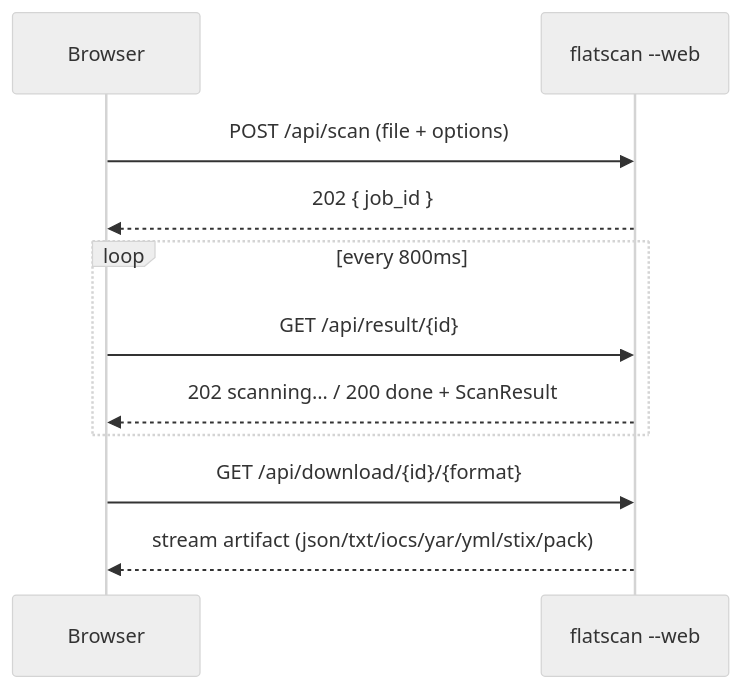
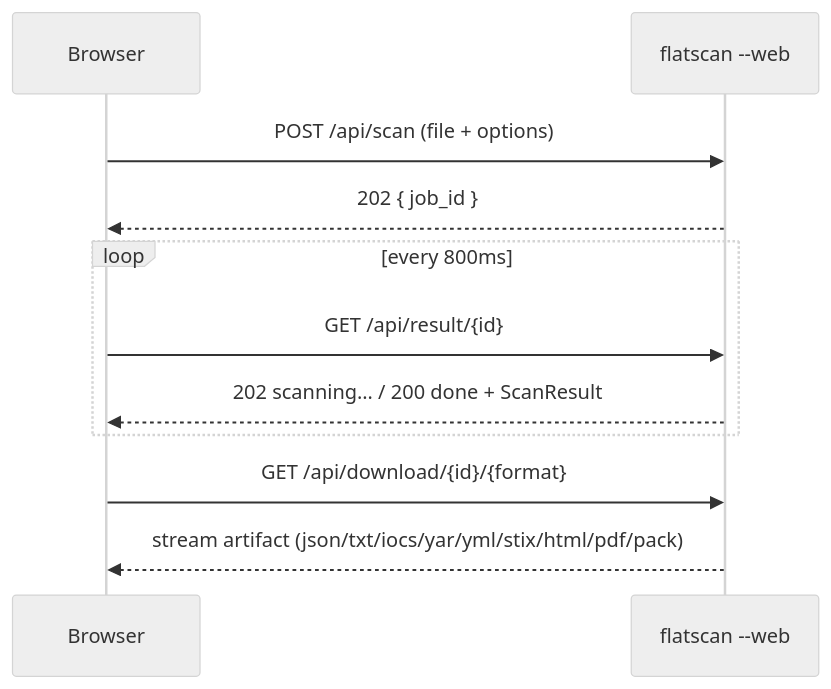
The sixth of 12 diagrams in README.md (Masriyan/FlatScan), drawn with Mermaid (neutral theme) before and after one commit. The commit also changed other lines of this file and 6 other files, not shown here.

````diff
--- a/README.md
+++ b/README.md
@@ -454,13 +463,13 @@
 ```mermaid
 sequenceDiagram
     participant B as Browser
     participant S as flatscan --web
     B->>S: POST /api/scan (file + options)
     S-->>B: 202 { job_id }
     loop every 800ms
         B->>S: GET /api/result/{id}
         S-->>B: 202 scanning… / 200 done + ScanResult
     end
     B->>S: GET /api/download/{id}/{format}
-    S-->>B: stream artifact (json/txt/iocs/yar/yml/stix/pack)
+    S-->>B: stream artifact (json/txt/iocs/yar/yml/stix/html/pdf/pack)
 ```
````
